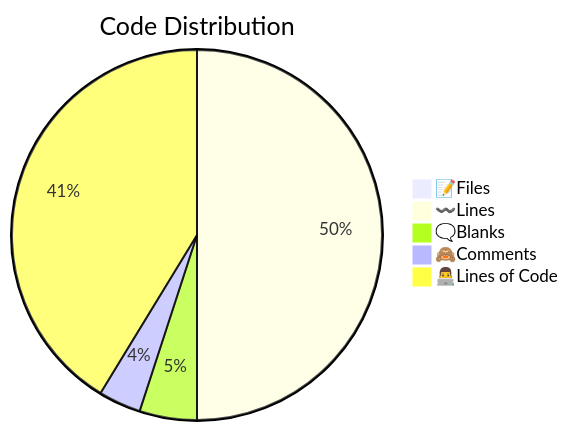
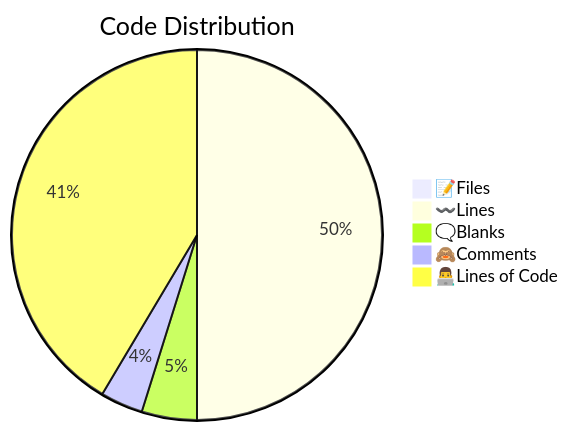
The second of 2 diagrams in .github/stats/Code Statistics.md (PyNetic/PyNetic), drawn with Mermaid before and after one commit. The commit also changed other lines of this file, not shown here.

````diff
--- a/.github/stats/Code Statistics.md
+++ b/.github/stats/Code Statistics.md
@@ -16,8 +20,8 @@
 ```mermaid
 pie title Code Distribution
     "📝Files" : 40
-    "〰️Lines" : 2614
-    "🗨️Blanks" : 262
+    "〰️Lines" : 2603
+    "🗨️Blanks" : 251
     "🙈Comments" : 194
     "👨‍💻Lines of Code" : 2158
 ```
````
